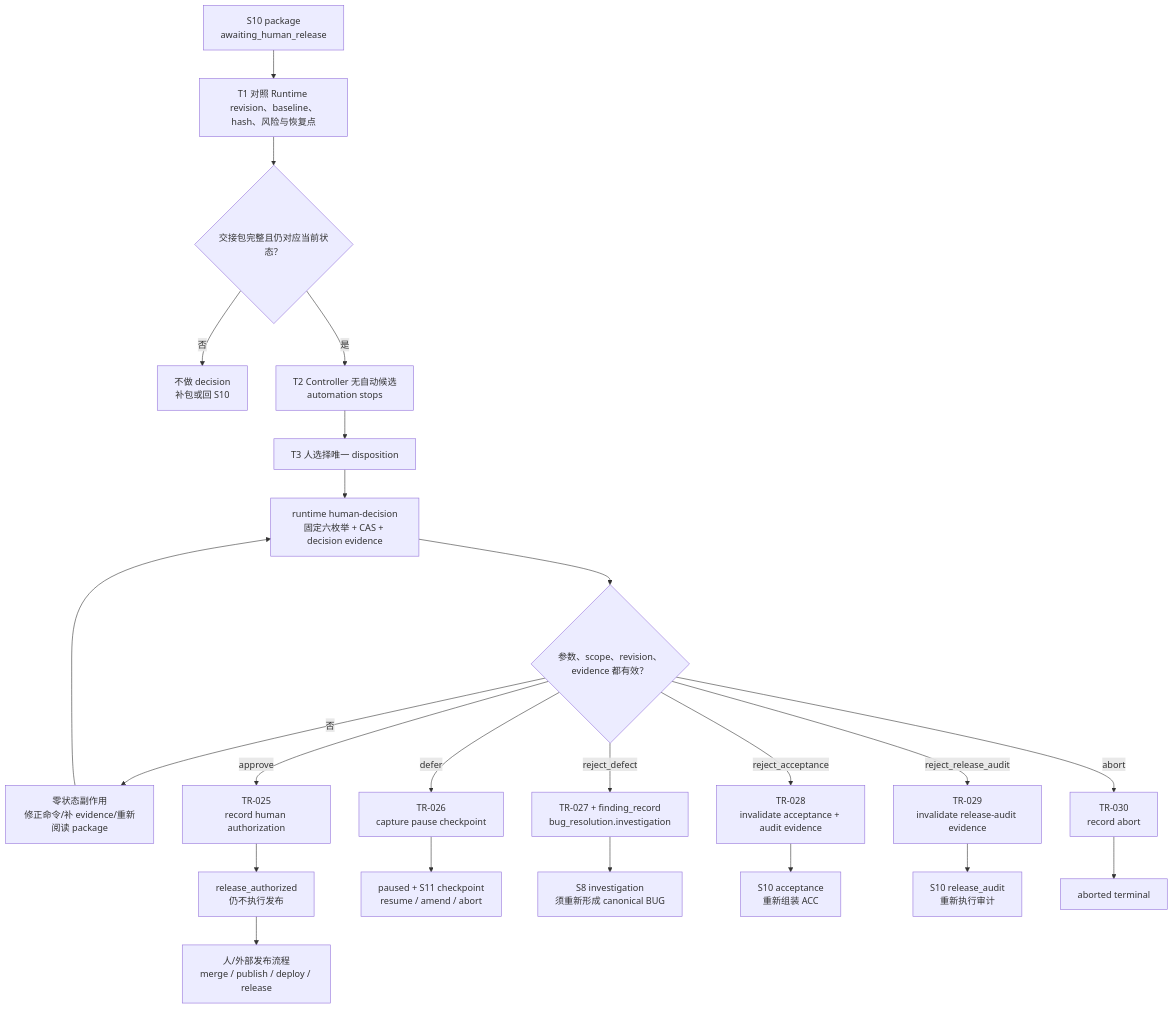
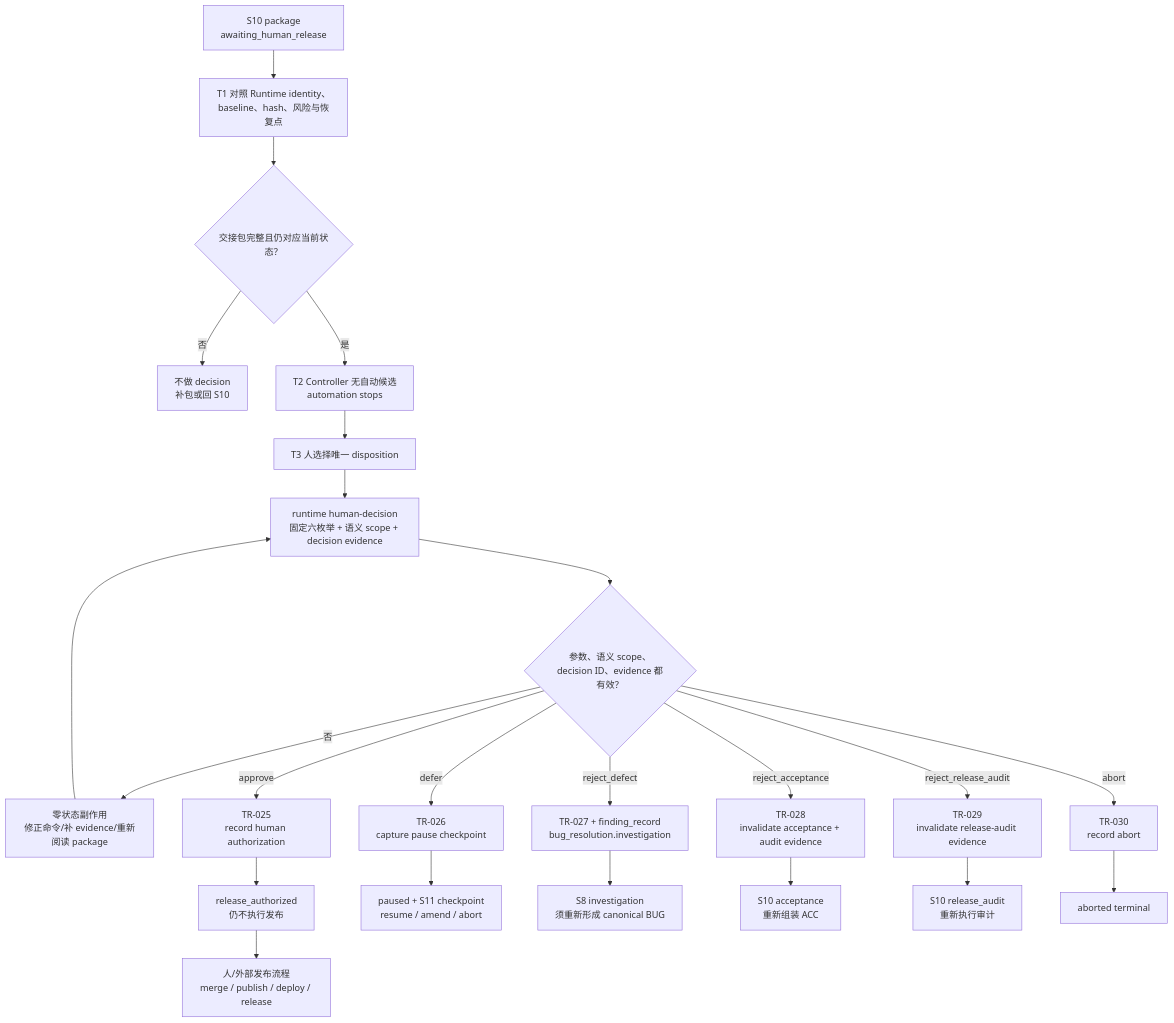
The second of 2 diagrams in blueprint/L3-S11-release-gate.md (entroforge/go-system-builder), drawn with Mermaid before and after one commit. The commit also changed other lines of this file and 110 other files, not shown here.

First line of the commit message:
fix: simplify runtime revision and lifecycle evidence flows (#4)

````diff
--- a/blueprint/L3-S11-release-gate.md
+++ b/blueprint/L3-S11-release-gate.md
@@ -93,28 +95,28 @@
 ```mermaid
 flowchart TD
-    IN["S10 package<br/>awaiting_human_release"] --> CHECK["T1 对照 Runtime revision、baseline、hash、风险与恢复点"]
+    IN["S10 package<br/>awaiting_human_release"] --> CHECK["T1 对照 Runtime identity、baseline、hash、风险与恢复点"]
     CHECK --> READY{"交接包完整且仍对应当前状态？"}
     READY -->|"否"| HOLD["不做 decision<br/>补包或回 S10"]
     READY -->|"是"| STOP["T2 Controller 无自动候选<br/>automation stops"]
     STOP --> HUMAN["T3 人选择唯一 disposition"]
-    HUMAN --> CMD["runtime human-decision<br/>固定六枚举 + CAS + decision evidence"]
-    CMD --> VALID{"参数、scope、revision、evidence 都有效？"}
+    HUMAN --> CMD["runtime human-decision<br/>固定六枚举 + 语义 scope + decision evidence"]
+    CMD --> VALID{"参数、语义 scope、decision ID、evidence 都有效？"}
     VALID -->|"否"| RETRY["零状态副作用<br/>修正命令/补 evidence/重新阅读 package"]
     RETRY --> CMD
 
     VALID -->|"approve"| AP["TR-025<br/>record human authorization"]
     VALID -->|"defer"| DEF["TR-026<br/>capture pause checkpoint"]
     VALID -->|"reject_defect"| DEFECT["TR-027 + finding_record<br/>bug_resolution.investigation"]
     VALID -->|"reject_acceptance"| ACC["TR-028<br/>invalidate acceptance + audit evidence"]
     VALID -->|"reject_release_audit"| AUDIT["TR-029<br/>invalidate release-audit evidence"]
     VALID -->|"abort"| ABORT["TR-030<br/>record abort"]
 
     AP --> AUTH["release_authorized<br/>仍不执行发布"]
     DEF --> PAUSE["paused + S11 checkpoint<br/>resume / amend / abort"]
     DEFECT --> S8["S8 investigation<br/>须重新形成 canonical BUG"]
     ACC --> S10A["S10 acceptance<br/>重新组装 ACC"]
     AUDIT --> S10B["S10 release_audit<br/>重新执行审计"]
     ABORT --> TERMINAL["aborted terminal"]
 
     AUTH --> EXTERNAL["人/外部发布流程<br/>merge / publish / deploy / release"]
 ```
````
